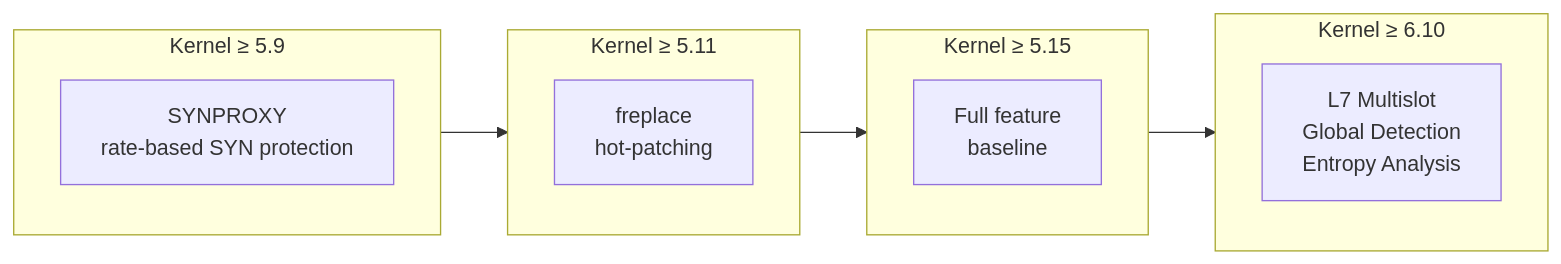
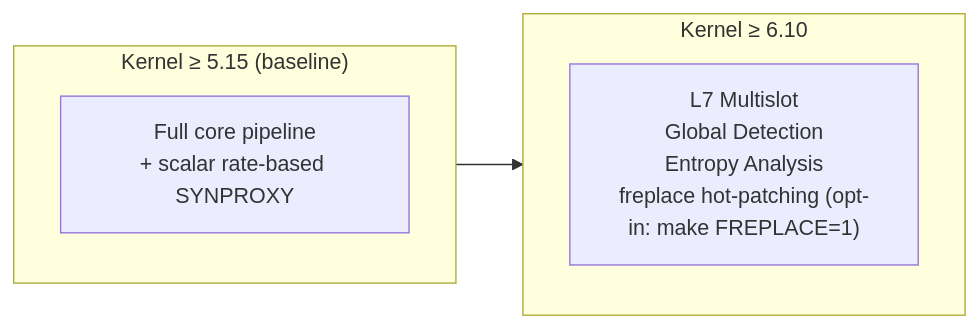
Before and after one commit to AnAverageBeing/pingless-studios-docs: the diagram in docs/openshield-xdp/architecture/kernel-gates.md, drawn with Mermaid. The commit also changed other lines of this file and 23 other files, not shown here.

Commit message:
docs(openshield-xdp): scalar rate-based SYN protection, freplace opt-in (kernel >=6.10), 5.15 support floor, remove syn_cookie_map

````diff
--- a/docs/openshield-xdp/architecture/kernel-gates.md
+++ b/docs/openshield-xdp/architecture/kernel-gates.md
@@ -103,16 +101,10 @@
 ```mermaid
 flowchart LR
-    subgraph K59["Kernel ≥ 5.9"]
-        A["SYNPROXY<br/>rate-based SYN protection"]
-    end
-    subgraph K511["Kernel ≥ 5.11"]
-        B["freplace<br/>hot-patching"]
-    end
-    subgraph K515["Kernel ≥ 5.15"]
-        C["Full feature<br/>baseline"]
+    subgraph K515["Kernel ≥ 5.15 (baseline)"]
+        C["Full core pipeline<br/>+ scalar rate-based SYNPROXY"]
     end
     subgraph K610["Kernel ≥ 6.10"]
-        D["L7 Multislot<br/>Global Detection<br/>Entropy Analysis"]
+        D["L7 Multislot<br/>Global Detection<br/>Entropy Analysis<br/>freplace hot-patching (opt-in: make FREPLACE=1)"]
     end
-    K59 --> K511 --> K515 --> K610
+    K515 --> K610
 ```
````
